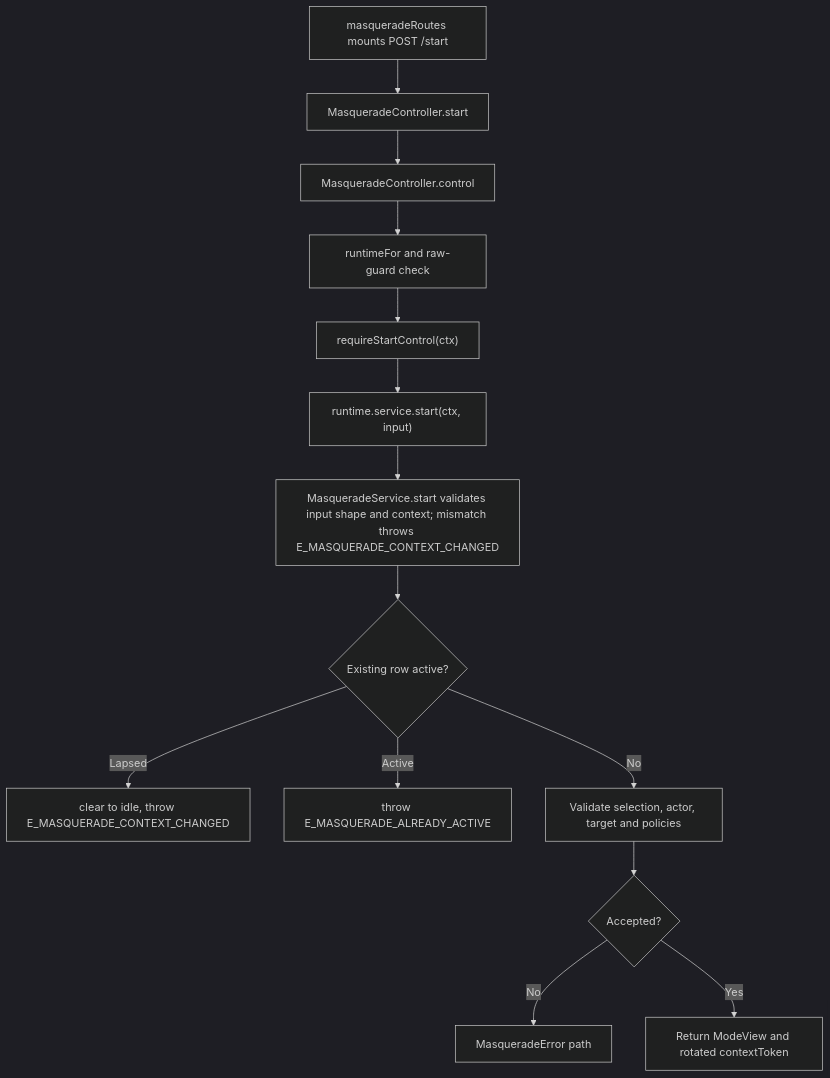
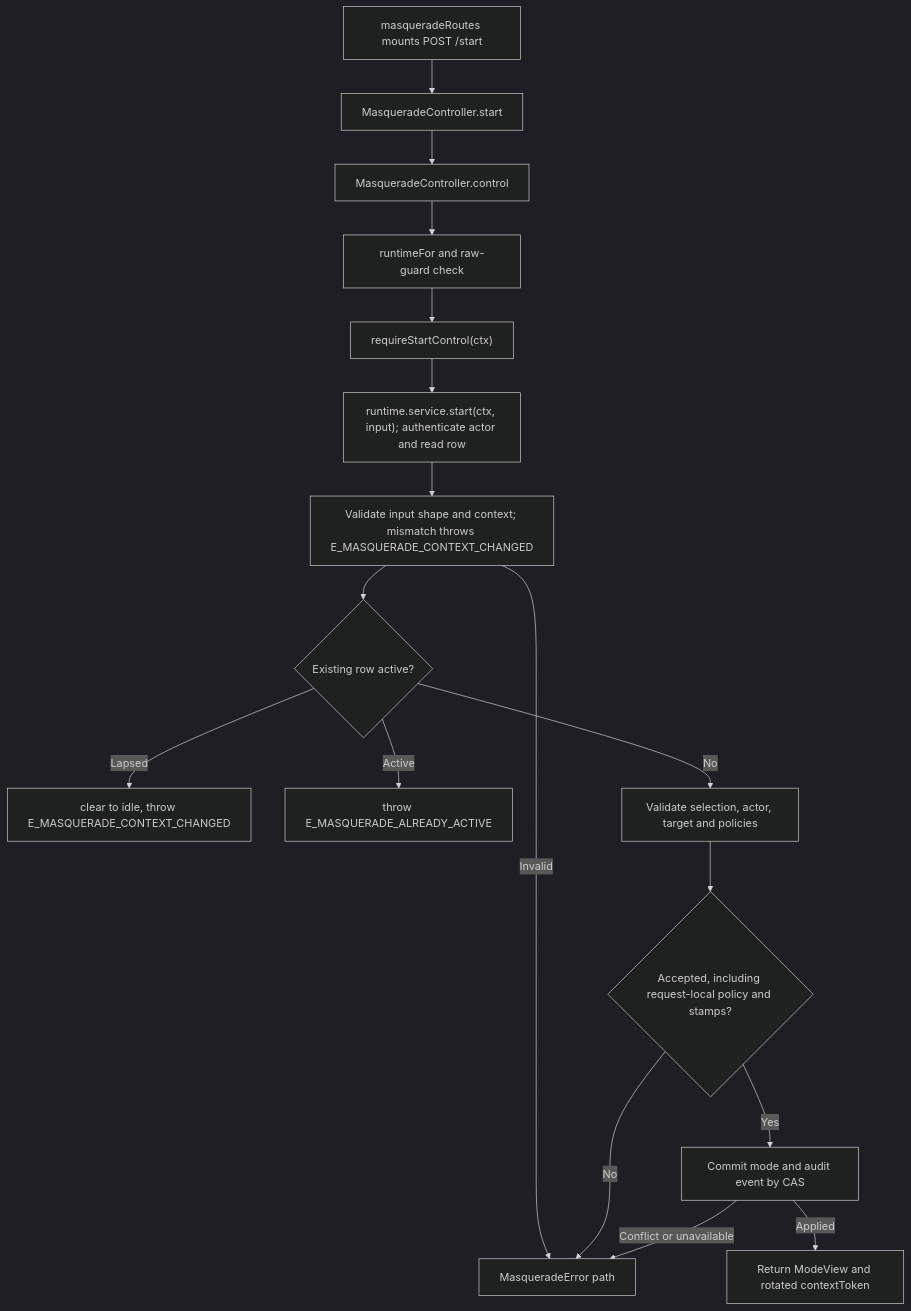
The second of 2 diagrams in user-stories/start-stop-mode/us-actor-01-start-stop-mode.md (Kevinjohn/oss-adonisjs-masquerade), drawn with Mermaid (dark theme) before and after one commit. The commit also changed other lines of this file and 26 other files, not shown here.

````diff
--- a/user-stories/start-stop-mode/us-actor-01-start-stop-mode.md
+++ b/user-stories/start-stop-mode/us-actor-01-start-stop-mode.md
@@ -48,16 +56,19 @@
 ```mermaid
 flowchart TD
     A["masqueradeRoutes mounts POST /start"] --> B["MasqueradeController.start"]
     B --> C["MasqueradeController.control"]
     C --> D["runtimeFor and raw-guard check"]
     D --> E["requireStartControl(ctx)"]
-    E --> F["runtime.service.start(ctx, input)"]
-    F --> G["MasqueradeService.start validates input shape and context; mismatch throws E_MASQUERADE_CONTEXT_CHANGED"]
+    E --> F["runtime.service.start(ctx, input); authenticate actor and read row"]
+    F --> G["Validate input shape and context; mismatch throws E_MASQUERADE_CONTEXT_CHANGED"]
+    G -->|Invalid| I
     G --> L{"Existing row active?"}
     L -->|Lapsed| M["clear to idle, throw E_MASQUERADE_CONTEXT_CHANGED"]
     L -->|Active| N["throw E_MASQUERADE_ALREADY_ACTIVE"]
     L -->|No| P["Validate selection, actor, target and policies"]
-    P --> H{"Accepted?"}
+    P --> H{"Accepted, including request-local policy and stamps?"}
     H -->|No| I["MasqueradeError path"]
-    H -->|Yes| J["Return ModeView and rotated contextToken"]
+    H -->|Yes| K["Commit mode and audit event by CAS"]
+    K -->|Applied| J["Return ModeView and rotated contextToken"]
+    K -->|Conflict or unavailable| I
 ```
````
